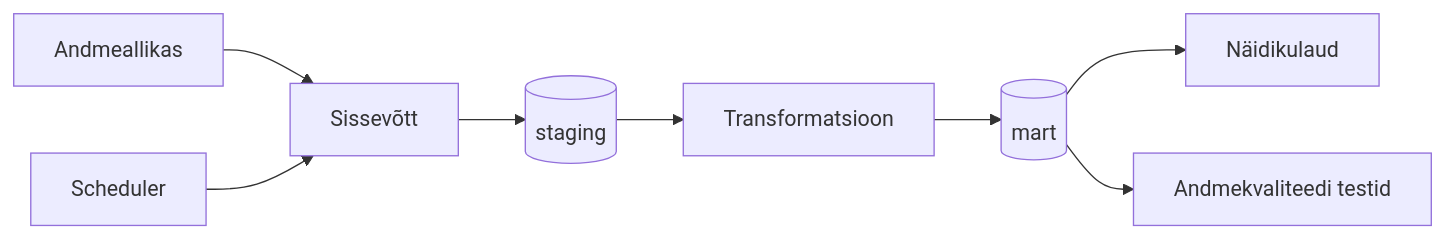
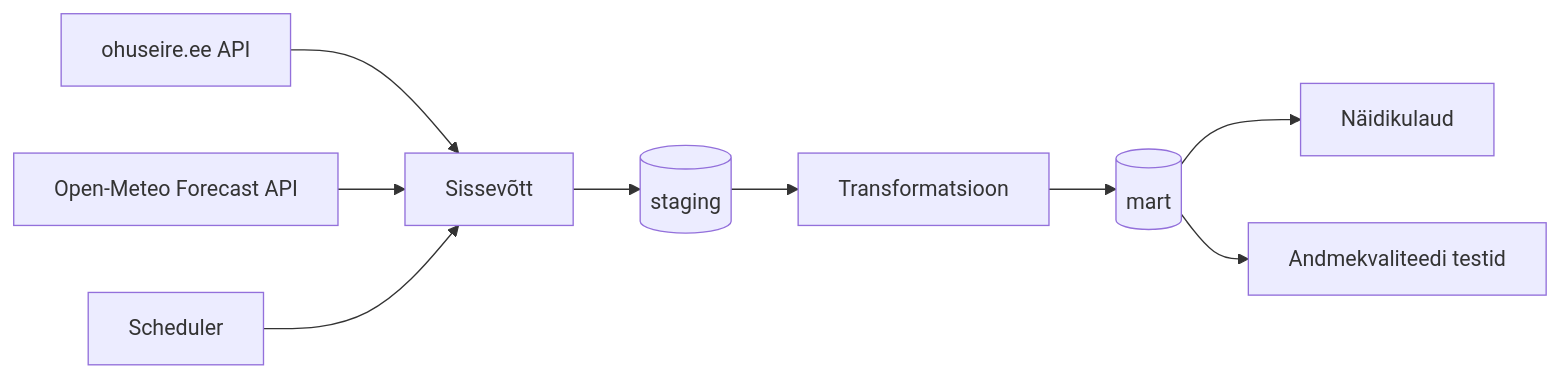
The diagram in docs/arhitektuur.md (annaliisah/projektitoo_ohukvaliteedi_vordlus), drawn with Mermaid before and after one commit. The commit also changed other lines of this file, not shown here.

````diff
--- a/docs/arhitektuur.md
+++ b/docs/arhitektuur.md
@@ -80,10 +80,11 @@
 ```mermaid
 flowchart LR
-    source[Andmeallikas] --> ingest[Sissevõtt]
+    source[ohuseire.ee API] --> ingest[Sissevõtt]
+    source2[Open-Meteo Forecast API] --> ingest
     ingest --> staging[(staging)]
     staging --> transform[Transformatsioon]
     transform --> mart[(mart)]
     mart --> dashboard[Näidikulaud]
     mart --> quality[Andmekvaliteedi testid]
     scheduler[Scheduler] --> ingest
 ```
````
